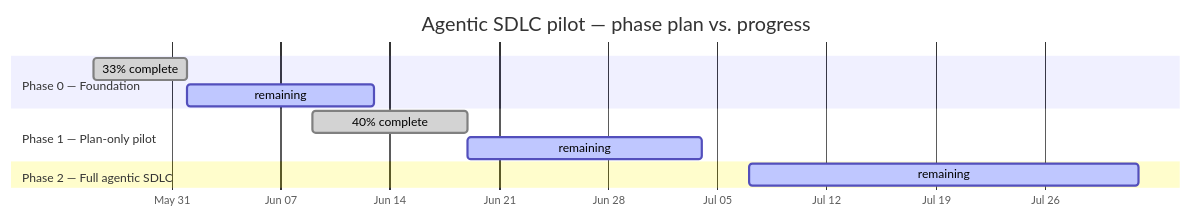
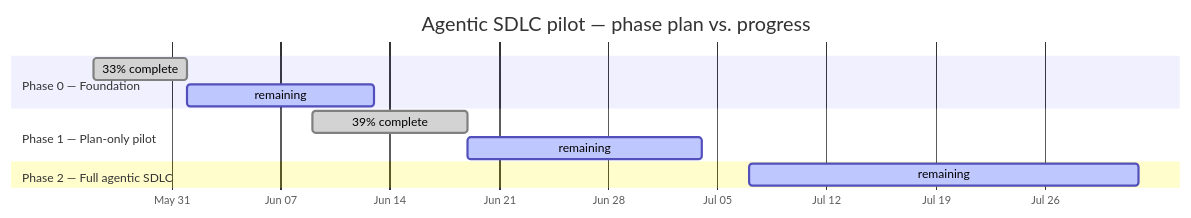
Before and after one commit to carloshumbertoreyesortiz/agentic-sdlc-pilot: the first of 2 diagrams in DASHBOARD.md, drawn with Mermaid. The commit also changed other lines of this file, not shown here.

````diff
--- a/DASHBOARD.md
+++ b/DASHBOARD.md
@@ -19,15 +19,15 @@
 ```mermaid
 gantt
     title Agentic SDLC pilot — phase plan vs. progress
     dateFormat YYYY-MM-DD
     axisFormat %b %d
     todayMarker stroke-width:3px,stroke:#d93f0b,opacity:0.7
     section Phase 0 — Foundation
     33% complete :done, Phase0Fod, 2026-05-26, 6d
     remaining :active, Phase0For, after Phase0Fod, 12d
     section Phase 1 — Plan-only pilot
-    40% complete :done, Phase1Pld, 2026-06-09, 10d
+    39% complete :done, Phase1Pld, 2026-06-09, 10d
     remaining :active, Phase1Plr, after Phase1Pld, 15d
     section Phase 2 — Full agentic SDLC
     remaining :active, Phase2Fur, 2026-07-07, 25d
 ```
````
